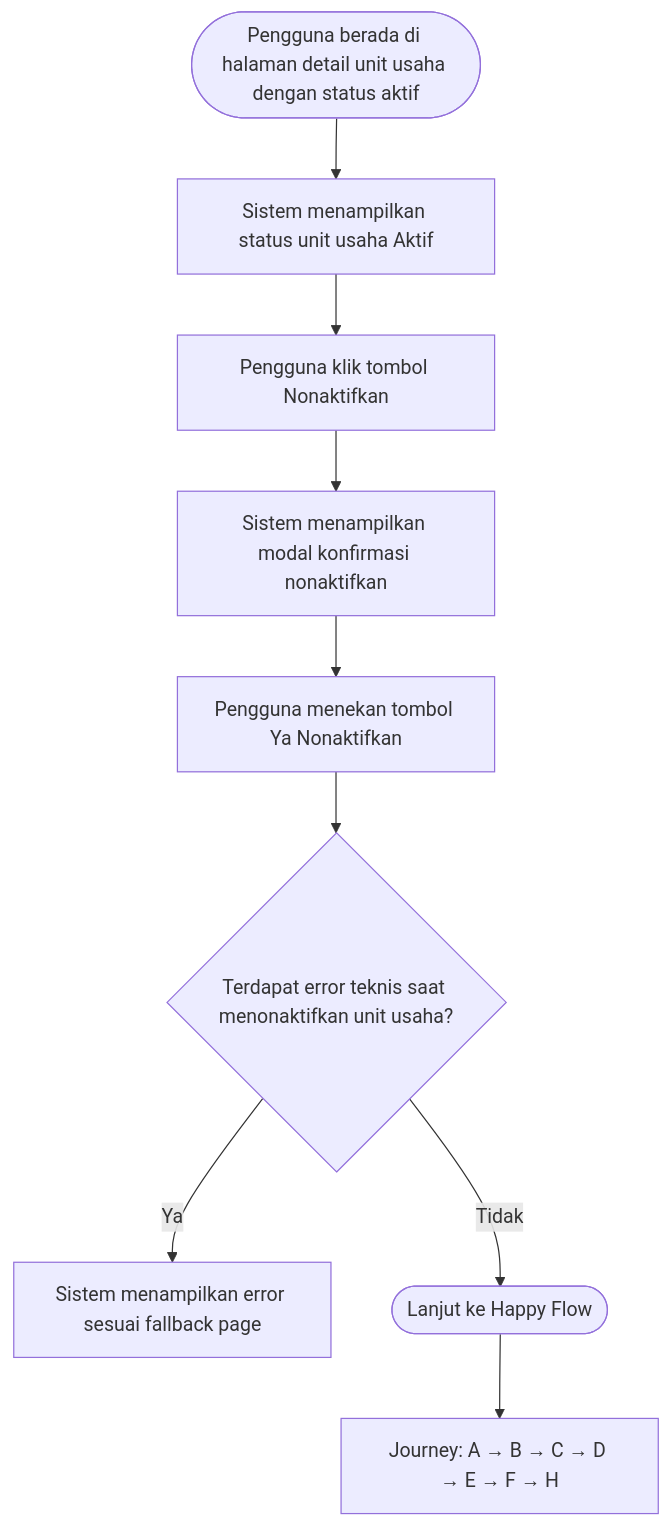
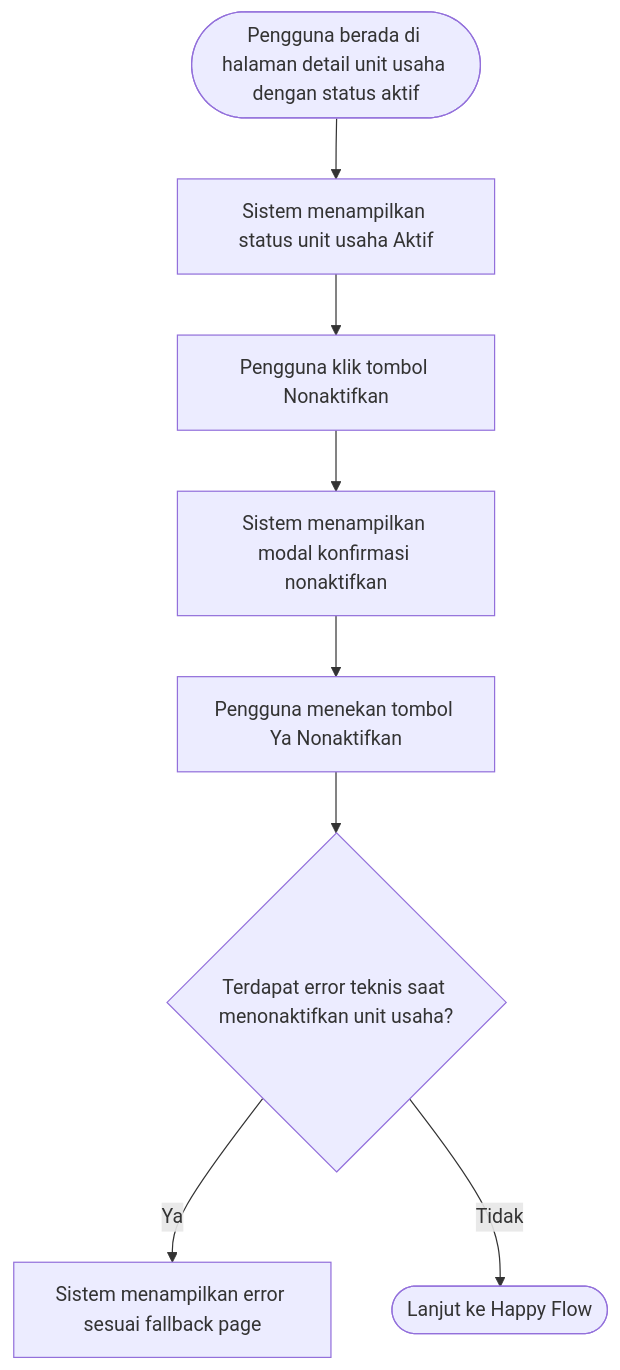
Diagram 38 of 39 in PRD-D.md (agestyarizki/groapp-markdown), drawn with Mermaid before and after one commit.

````diff
--- a/PRD-D.md
+++ b/PRD-D.md
@@ -4783,15 +4783,11 @@
 ```mermaid
 flowchart TD
     A([Pengguna berada di halaman detail unit usaha dengan status aktif])
         --> B[Sistem menampilkan status unit usaha Aktif]
     B --> C[Pengguna klik tombol Nonaktifkan]
     C --> D[Sistem menampilkan modal konfirmasi nonaktifkan]
     D --> E[Pengguna menekan tombol Ya Nonaktifkan]
     E --> F{Terdapat error teknis saat menonaktifkan unit usaha?}
     F -->|Ya| G[Sistem menampilkan error sesuai fallback page]
     F -->|Tidak| H([Lanjut ke Happy Flow])
-    %% Journey Flow
-    I["Journey: A → B → C → D → E → F → H"]
-    H --> I
-
 ```
````
